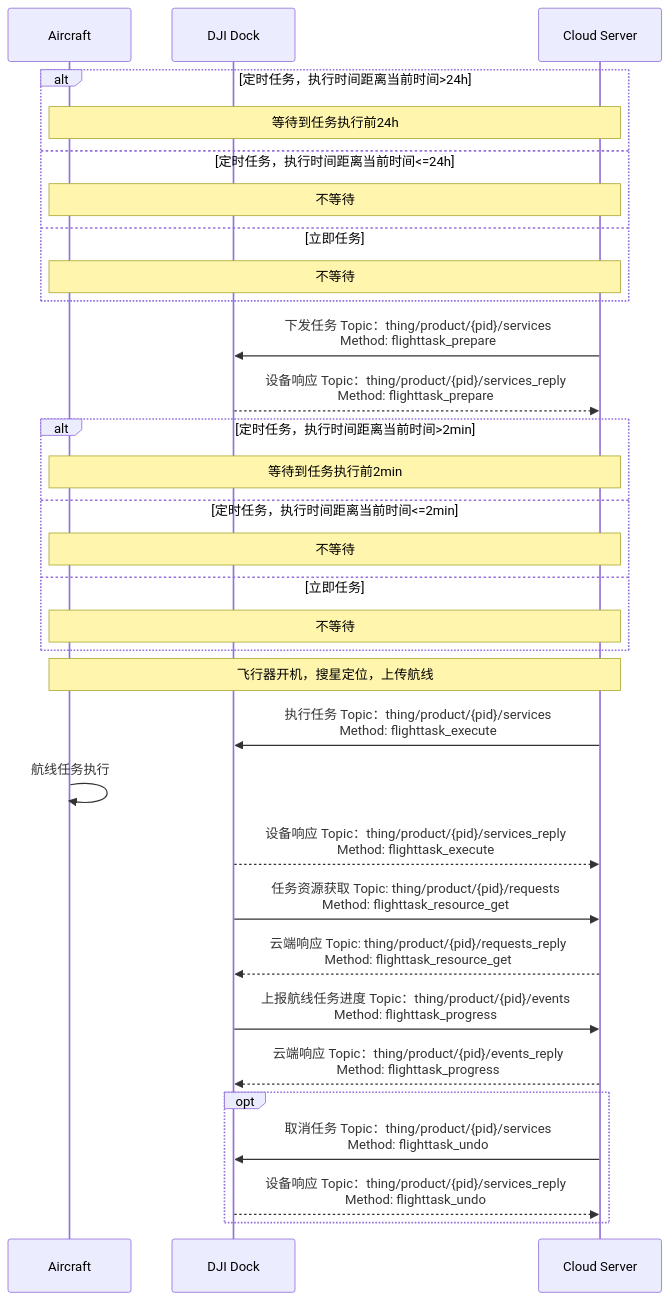
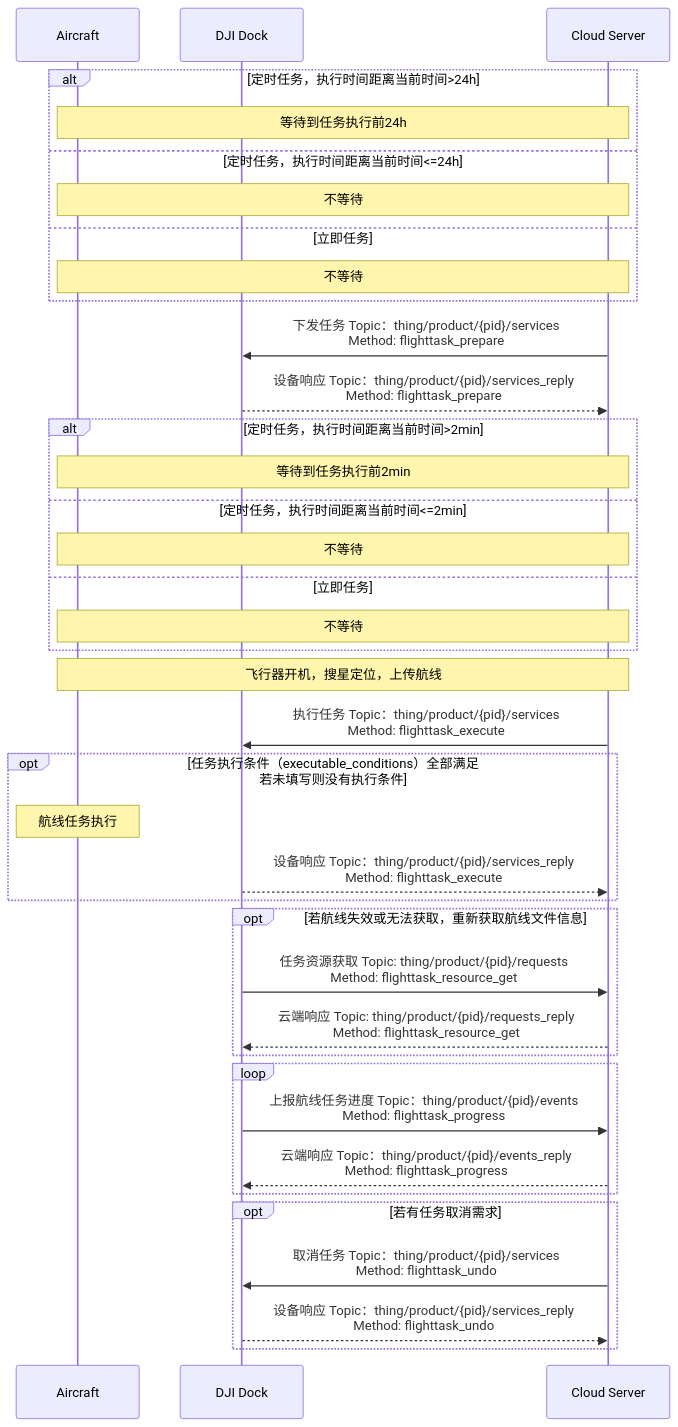
Before and after one commit to dji-sdk/Cloud-API-Doc: the first of 2 diagrams in docs/cn/30.feature-set/20.dock-feature-set/50.dock-wayline-management.md, drawn with Mermaid. The commit also changed other lines of this file and 108 other files, not shown here.

````diff
--- a/docs/cn/30.feature-set/20.dock-feature-set/50.dock-wayline-management.md
+++ b/docs/cn/30.feature-set/20.dock-feature-set/50.dock-wayline-management.md
@@ -14,43 +17,49 @@
 ```mermaid
 sequenceDiagram
 
 participant object as Aircraft
-participant client  as DJI Dock
+participant client as DJI Dock
 participant server as Cloud Server
 
 alt 定时任务，执行时间距离当前时间>24h
 note over object,server: 等待到任务执行前24h
 else 定时任务，执行时间距离当前时间<=24h
 note over object,server: 不等待
 else 立即任务
 note over object,server: 不等待
 end
 
 server ->> client: 下发任务 Topic：thing/product/{pid}/services<br/>Method: flighttask_prepare
 client -->> server: 设备响应 Topic：thing/product/{pid}/services_reply<br/>Method: flighttask_prepare
 
 alt 定时任务，执行时间距离当前时间>2min
 note over object,server: 等待到任务执行前2min
 else 定时任务，执行时间距离当前时间<=2min
 note over object,server: 不等待
 else 立即任务
 note over object,server: 不等待
 end
 
 note over object,server: 飞行器开机，搜星定位，上传航线
 
 server ->> client: 执行任务 Topic：thing/product/{pid}/services<br/>Method: flighttask_execute
-object ->> object: 航线任务执行
+opt 任务执行条件（executable_conditions）全部满足<br/>若未填写则没有执行条件
+note over object: 航线任务执行
 client -->> server: 设备响应 Topic：thing/product/{pid}/services_reply<br/>Method: flighttask_execute
+end
 
+opt 若航线失效或无法获取，重新获取航线文件信息
 client ->> server: 任务资源获取 Topic: thing/product/{pid}/requests<br/>Method: flighttask_resource_get
 server -->> client: 云端响应 Topic: thing/product/{pid}/requests_reply<br/>Method: flighttask_resource_get
+end
 
+loop
 client ->> server: 上报航线任务进度 Topic：thing/product/{pid}/events<br/>Method: flighttask_progress
 server -->> client: 云端响应 Topic：thing/product/{pid}/events_reply<br/>Method: flighttask_progress
+end
 
-opt
+opt 若有任务取消需求
 server ->> client: 取消任务 Topic：thing/product/{pid}/services<br/>Method: flighttask_undo
 client -->> server: 设备响应 Topic：thing/product/{pid}/services_reply<br/>Method: flighttask_undo
 end
 ```
````
